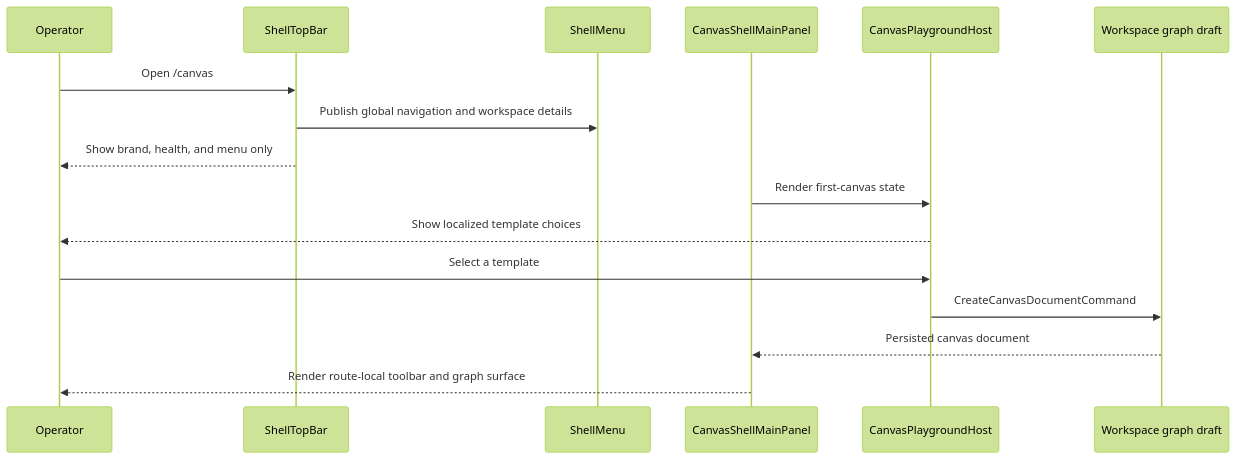
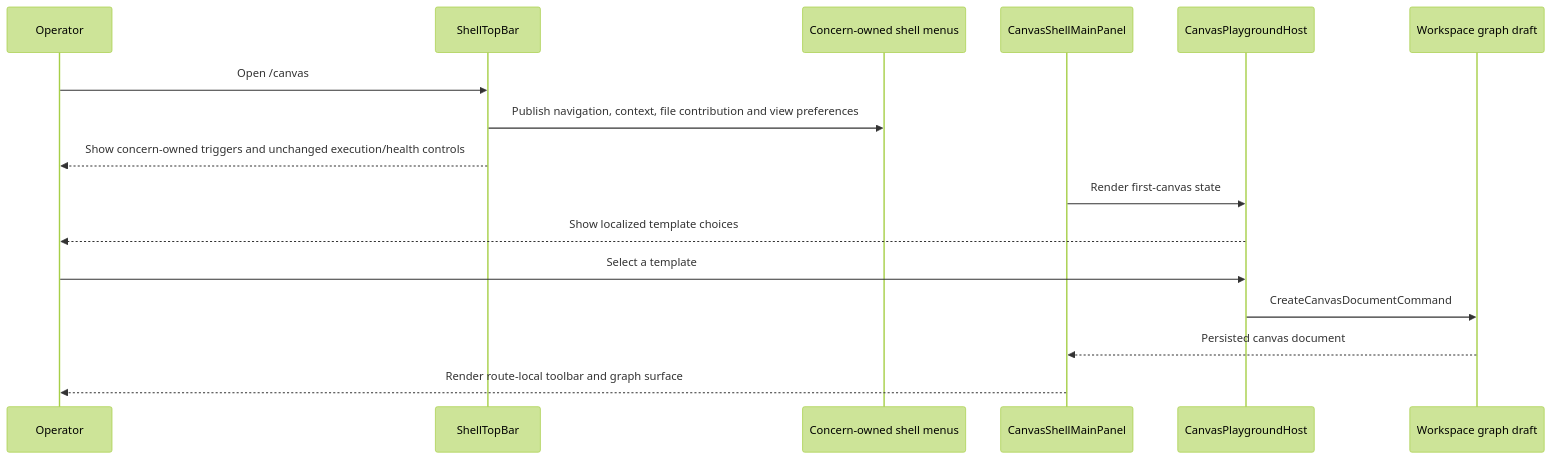
One commit to dunay2/dvt changed the fourth of 4 diagrams in docs/architecture/components/web/appshell/canvas-workbench-screen-composition-component.md. Above: the diagram before and after it, drawn with Mermaid (forest theme). The commit also changed other lines of this file and 27 other files, not shown here.

````diff
--- a/docs/architecture/components/web/appshell/canvas-workbench-screen-composition-component.md
+++ b/docs/architecture/components/web/appshell/canvas-workbench-screen-composition-component.md
@@ -129,19 +141,19 @@
 ```mermaid
 sequenceDiagram
   participant Operator
   participant Shell as ShellTopBar
-  participant Menu as ShellMenu
+  participant Menus as Concern-owned shell menus
   participant Canvas as CanvasShellMainPanel
   participant Host as CanvasPlaygroundHost
   participant Draft as Workspace graph draft
 
   Operator->>Shell: Open /canvas
-  Shell->>Menu: Publish global navigation and workspace details
-  Shell-->>Operator: Show brand, health, and menu only
+  Shell->>Menus: Publish navigation, context, file contribution and view preferences
+  Shell-->>Operator: Show concern-owned triggers and unchanged execution/health controls
   Canvas->>Host: Render first-canvas state
   Host-->>Operator: Show localized template choices
   Operator->>Host: Select a template
   Host->>Draft: CreateCanvasDocumentCommand
   Draft-->>Canvas: Persisted canvas document
   Canvas-->>Operator: Render route-local toolbar and graph surface
 ```
````
